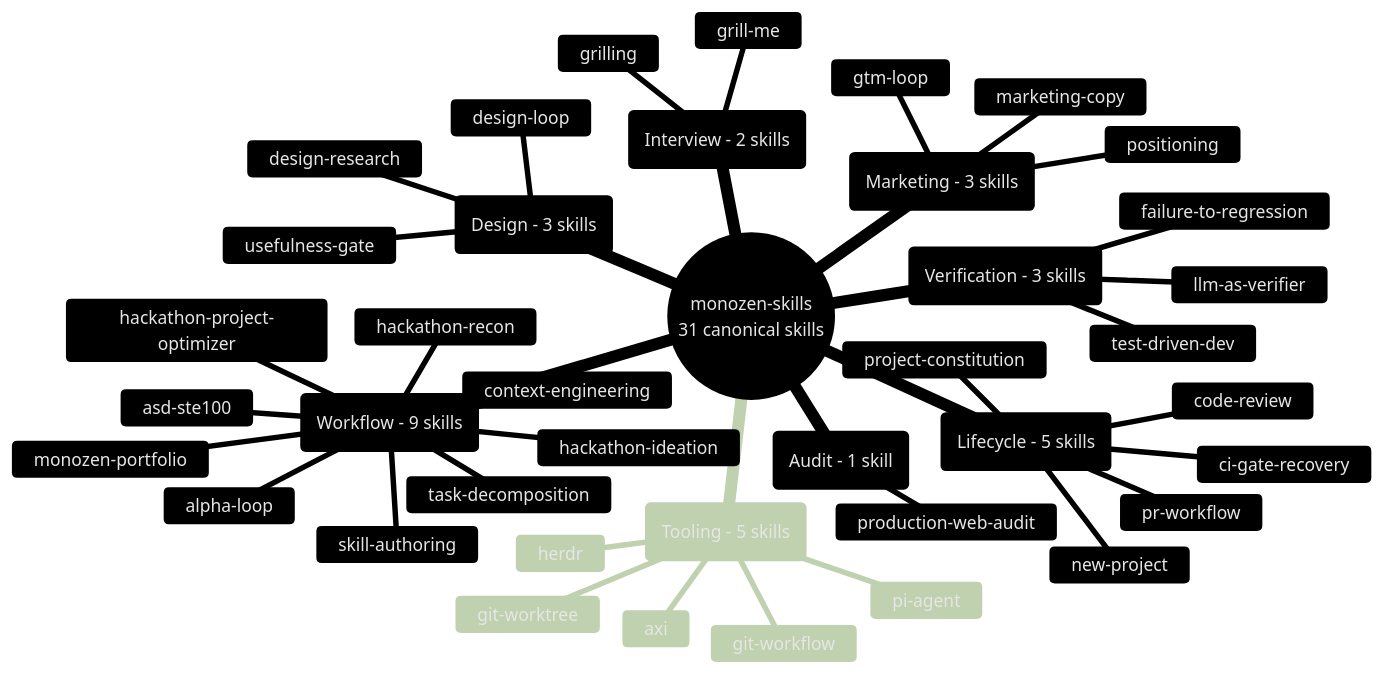
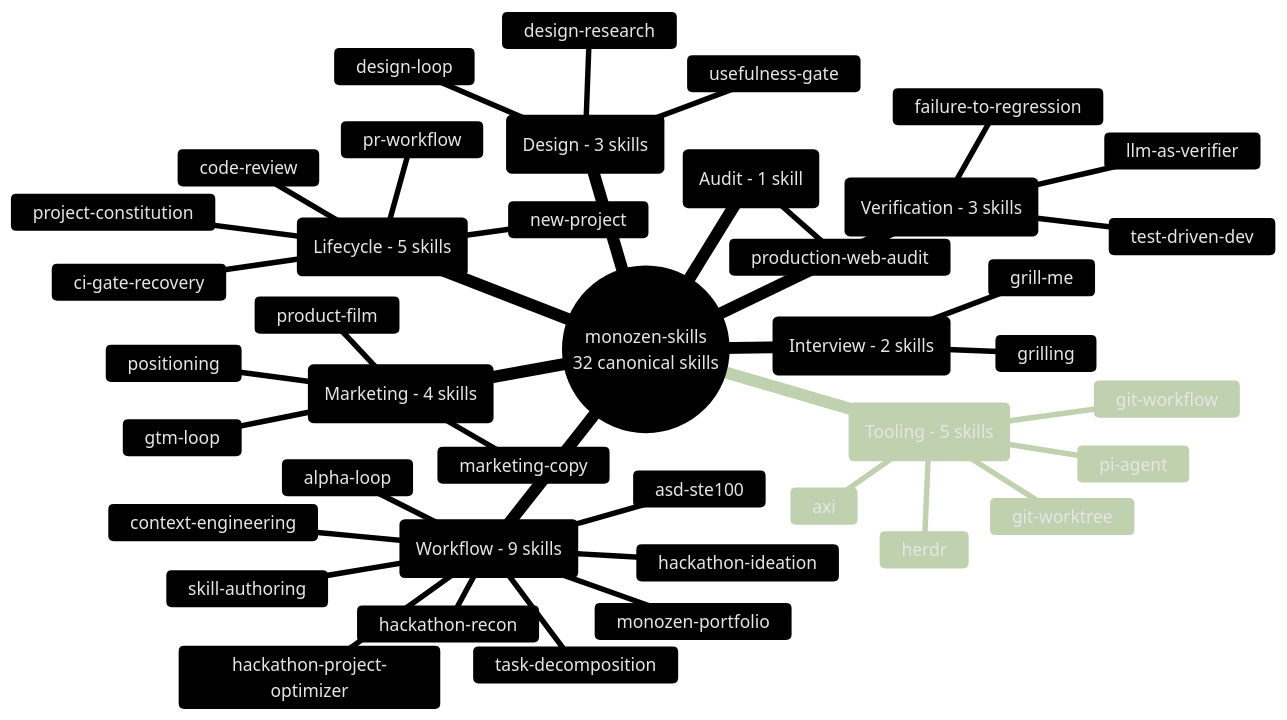
One commit to 8-BitRhyon/monozen-skills changed the diagram in assets/skill-taxonomy.mmd. Above: the diagram before and after it, drawn with Mermaid. The commit also changed 17 other files, not shown here.

First line of the commit message:
feat: add product-film skill

```diff
--- a/assets/skill-taxonomy.mmd
+++ b/assets/skill-taxonomy.mmd
@@ -1,43 +1,44 @@
 %%{init: {'theme': 'base', 'themeVariables': {'primaryColor': '#1a1a2e', 'primaryTextColor': '#e6e6e6', 'primaryBorderColor': '#8b7eff', 'lineColor': '#5a5a8a', 'secondaryColor': '#12132b', 'tertiaryColor': '#0b0c15', 'fontFamily': 'Inter, system-ui, sans-serif'}}}%%
 
 mindmap
-  root((monozen-skills<br/>31 canonical skills))
+  root((monozen-skills<br/>32 canonical skills))
     ::_(Lifecycle - 5 skills)
       new-project
       project-constitution
       code-review
       pr-workflow
       ci-gate-recovery
     ::_(Verification - 3 skills)
       test-driven-dev
       failure-to-regression
       llm-as-verifier
     ::_(Interview - 2 skills)
       grill-me
       grilling
     ::_(Workflow - 9 skills)
       alpha-loop
       asd-ste100
       hackathon-ideation
       hackathon-project-optimizer
       hackathon-recon
       monozen-portfolio
       task-decomposition
       context-engineering
       skill-authoring
     ::_(Design - 3 skills)
       design-loop
       design-research
       usefulness-gate
-    ::_(Marketing - 3 skills)
+    ::_(Marketing - 4 skills)
       gtm-loop
       marketing-copy
       positioning
+      product-film
     ::_(Audit - 1 skill)
       production-web-audit
     ::_(Tooling - 5 skills)
       axi
       pi-agent
       herdr
       git-worktree
       git-workflow
```
